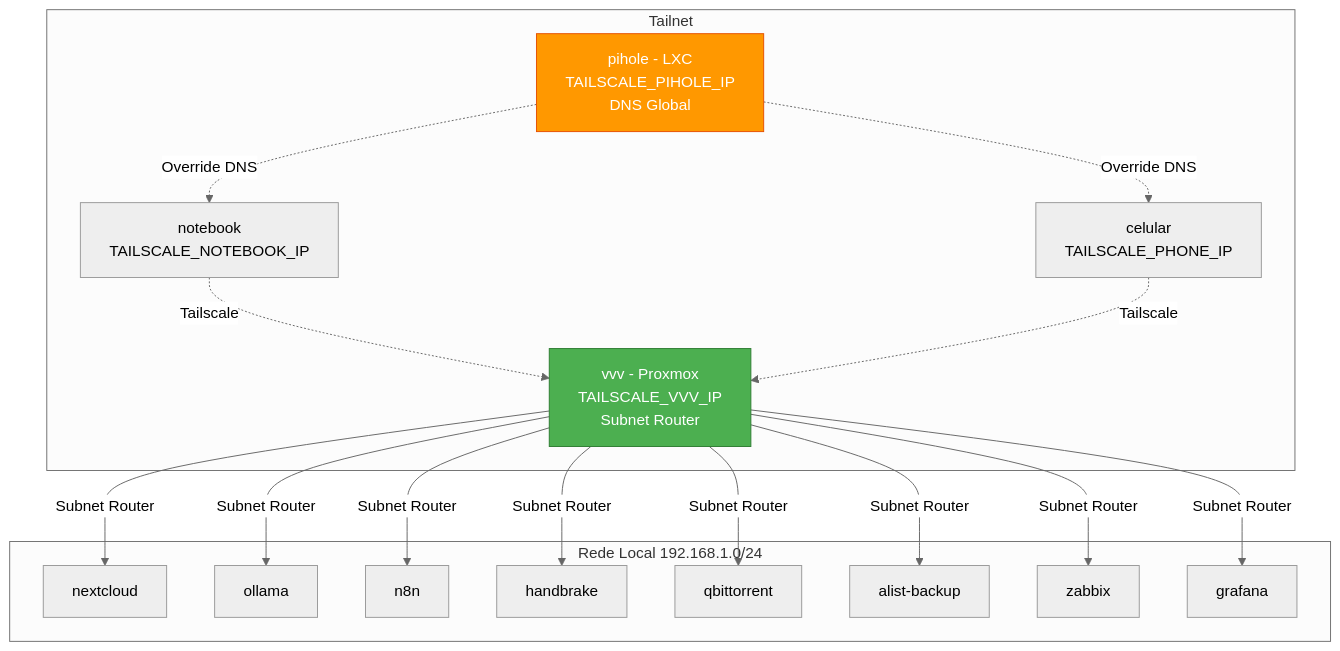
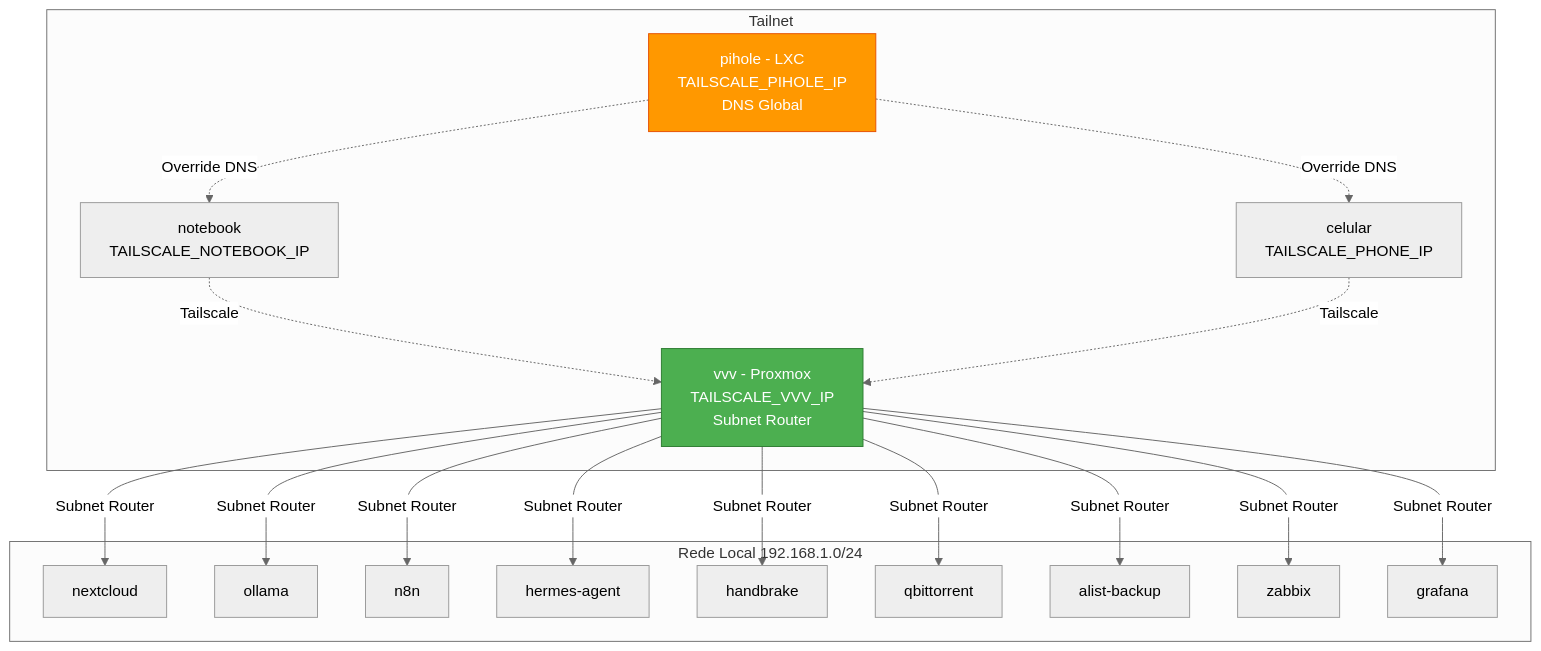
Before and after one commit to mviniciusy/vvy-homelab: the diagram in docs/networking.md, drawn with Mermaid (neutral theme). The commit also changed other lines of this file and 1 other file, not shown here.

````diff
--- a/docs/networking.md
+++ b/docs/networking.md
@@ -11,28 +11,29 @@
 ```mermaid
 graph TB
     subgraph Tailnet
         VVV[vvv - Proxmox<br/>TAILSCALE_VVV_IP<br/>Subnet Router]
         PIHOLE[pihole - LXC<br/>TAILSCALE_PIHOLE_IP<br/>DNS Global]
         NOTEBOOK[notebook<br/>TAILSCALE_NOTEBOOK_IP]
         PHONE[celular<br/>TAILSCALE_PHONE_IP]
     end
 
     subgraph Rede Local 192.168.1.0/24
         VVV --> |Subnet Router| NEXTCLOUD[nextcloud]
         VVV --> |Subnet Router| OLLAMA[ollama]
         VVV --> |Subnet Router| N8N[n8n]
+        VVV --> |Subnet Router| HERMES[hermes-agent]
         VVV --> |Subnet Router| HANDBRAKE[handbrake]
         VVV --> |Subnet Router| QBIT[qbittorrent]
         VVV --> |Subnet Router| ALIST[alist-backup]
         VVV --> |Subnet Router| ZABBIX[zabbix]
         VVV --> |Subnet Router| GRAFANA[grafana]
     end
 
     NOTEBOOK -.-> |Tailscale| VVV
     PHONE -.-> |Tailscale| VVV
     PIHOLE -.-> |Override DNS| NOTEBOOK
     PIHOLE -.-> |Override DNS| PHONE
 
     style VVV fill:#4caf50,stroke:#2e7d32,color:#fff
     style PIHOLE fill:#ff9800,stroke:#e65100,color:#fff
 ```
````
